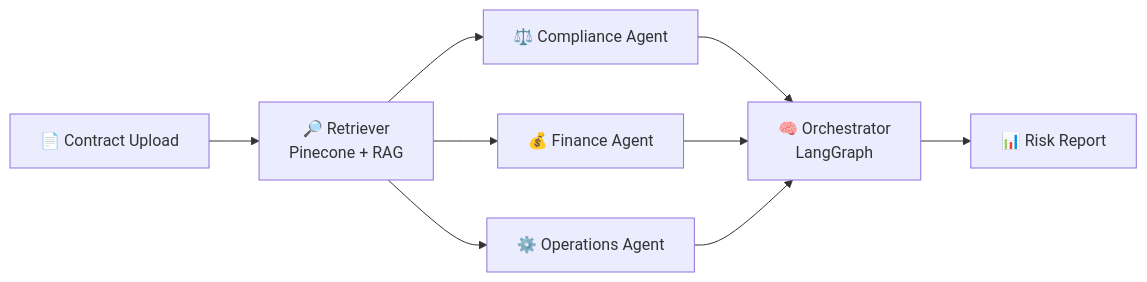
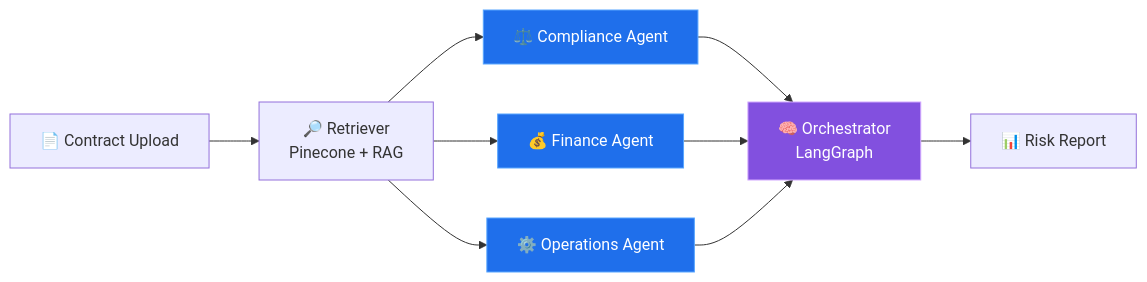
Before and after one commit to Vaishnavi-1525/Vaishnavi-1525: the first of 6 diagrams in README.md, drawn with Mermaid. The commit also changed other lines of this file, not shown here.

````diff
--- a/README.md
+++ b/README.md
@@ -82,11 +80,15 @@
 ```mermaid
 flowchart LR
-    A[📄 Contract Upload] --> B[🔎 Retriever<br/>Pinecone + RAG]
-    B --> C[⚖️ Compliance Agent]
-    B --> D[💰 Finance Agent]
-    B --> E[⚙️ Operations Agent]
-    C --> F[🧠 Orchestrator<br/>LangGraph]
+    A["📄 Contract Upload"] --> B["🔎 Retriever<br/>Pinecone + RAG"]
+    B --> C["⚖️ Compliance Agent"]
+    B --> D["💰 Finance Agent"]
+    B --> E["⚙️ Operations Agent"]
+    C --> F["🧠 Orchestrator<br/>LangGraph"]
     D --> F
     E --> F
-    F --> G[📊 Risk Report]
+    F --> G["📊 Risk Report"]
+    classDef agent fill:#1f6feb,stroke:#58a6ff,color:#ffffff;
+    classDef core fill:#8250df,stroke:#d2a8ff,color:#ffffff;
+    class C,D,E agent
+    class F core
 ```
````
